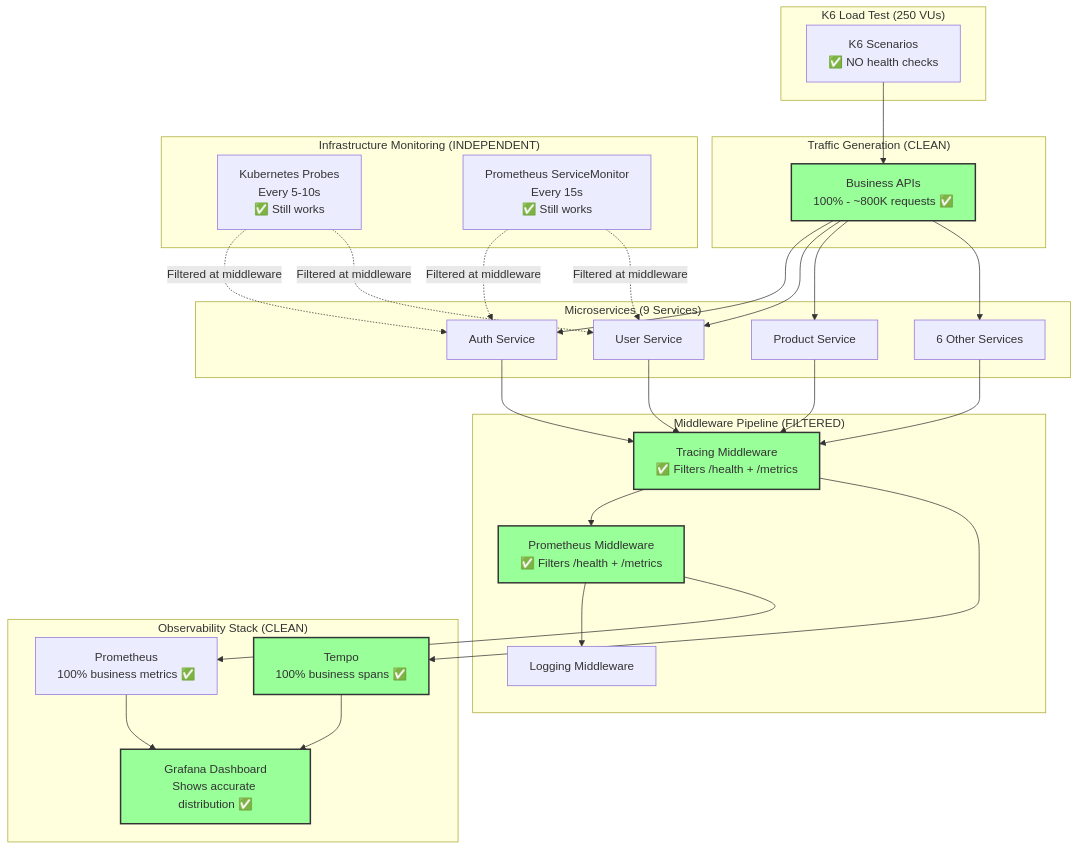
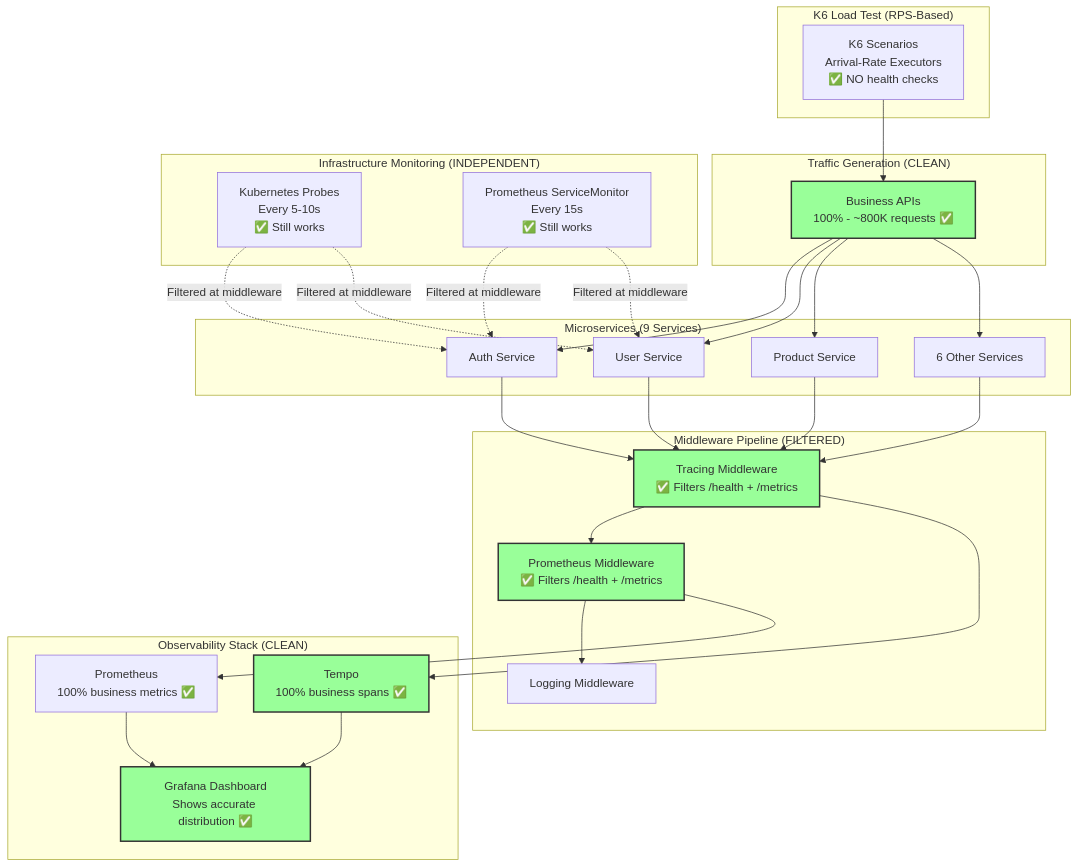
The diagram in docs/k6/K6_LOAD_TESTING.md (duynhlab/homelab), drawn with Mermaid before and after one commit. The commit also changed other lines of this file and 1 other file, not shown here.

Commit message:
k6: new load test

````diff
--- a/docs/k6/K6_LOAD_TESTING.md
+++ b/docs/k6/K6_LOAD_TESTING.md
@@ -11,66 +11,66 @@
 ```mermaid
 flowchart TB
-    subgraph "K6 Load Test (250 VUs)"
-        K6[K6 Scenarios<br/>✅ NO health checks]
+    subgraph "K6 Load Test (RPS-Based)"
+        K6[K6 Scenarios<br/>Arrival-Rate Executors<br/>✅ NO health checks]
     end
     
     subgraph "Traffic Generation (CLEAN)"
         Business[Business APIs<br/>100% - ~800K requests ✅]
     end
     
     subgraph "Microservices (9 Services)"
         Auth[Auth Service]
         User[User Service]
         Product[Product Service]
         Others[6 Other Services]
     end
     
     subgraph "Middleware Pipeline (FILTERED)"
         Tracing[Tracing Middleware<br/>✅ Filters /health + /metrics]
         Prometheus[Prometheus Middleware<br/>✅ Filters /health + /metrics]
         Logging[Logging Middleware]
     end
     
     subgraph "Observability Stack (CLEAN)"
         Tempo[Tempo<br/>100% business spans ✅]
         PromDB[Prometheus<br/>100% business metrics ✅]
         Grafana[Grafana Dashboard<br/>Shows accurate distribution ✅]
     end
     
     subgraph "Infrastructure Monitoring (INDEPENDENT)"
         K8sProbes[Kubernetes Probes<br/>Every 5-10s<br/>✅ Still works]
         PromScraper[Prometheus ServiceMonitor<br/>Every 15s<br/>✅ Still works]
     end
     
     K6 --> Business
     
     Business --> Auth
     Business --> User
     Business --> Product
     Business --> Others
     
     Auth --> Tracing
     User --> Tracing
     Product --> Tracing
     Others --> Tracing
     
     Tracing --> Prometheus
     Prometheus --> Logging
     
     Prometheus --> PromDB
     Tracing --> Tempo
     
     PromDB --> Grafana
     Tempo --> Grafana
     
     K8sProbes -.->|Filtered at middleware| Auth
     K8sProbes -.->|Filtered at middleware| User
     PromScraper -.->|Filtered at middleware| Auth
     PromScraper -.->|Filtered at middleware| User
     
     style Business fill:#9f9,stroke:#333,stroke-width:2px
     style Prometheus fill:#9f9,stroke:#333,stroke-width:2px
     style Tracing fill:#9f9,stroke:#333,stroke-width:2px
     style Grafana fill:#9f9,stroke:#333,stroke-width:2px
     style Tempo fill:#9f9,stroke:#333,stroke-width:2px
 ```
````
